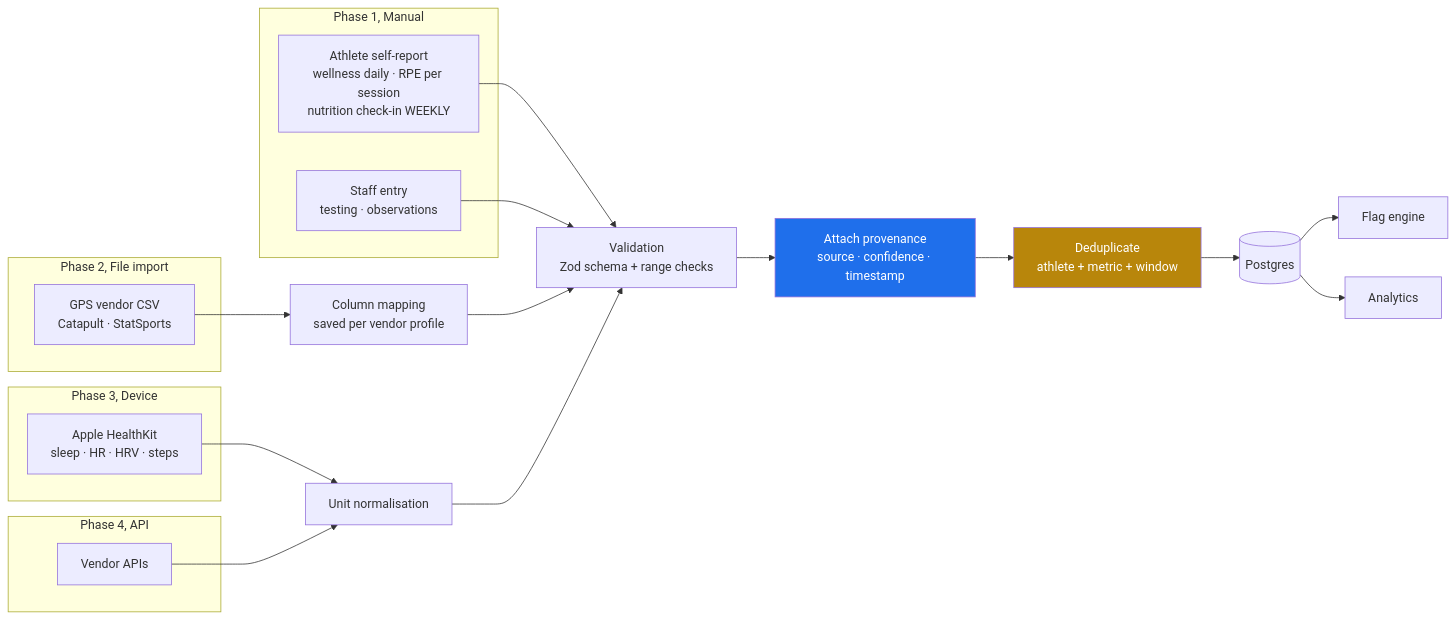
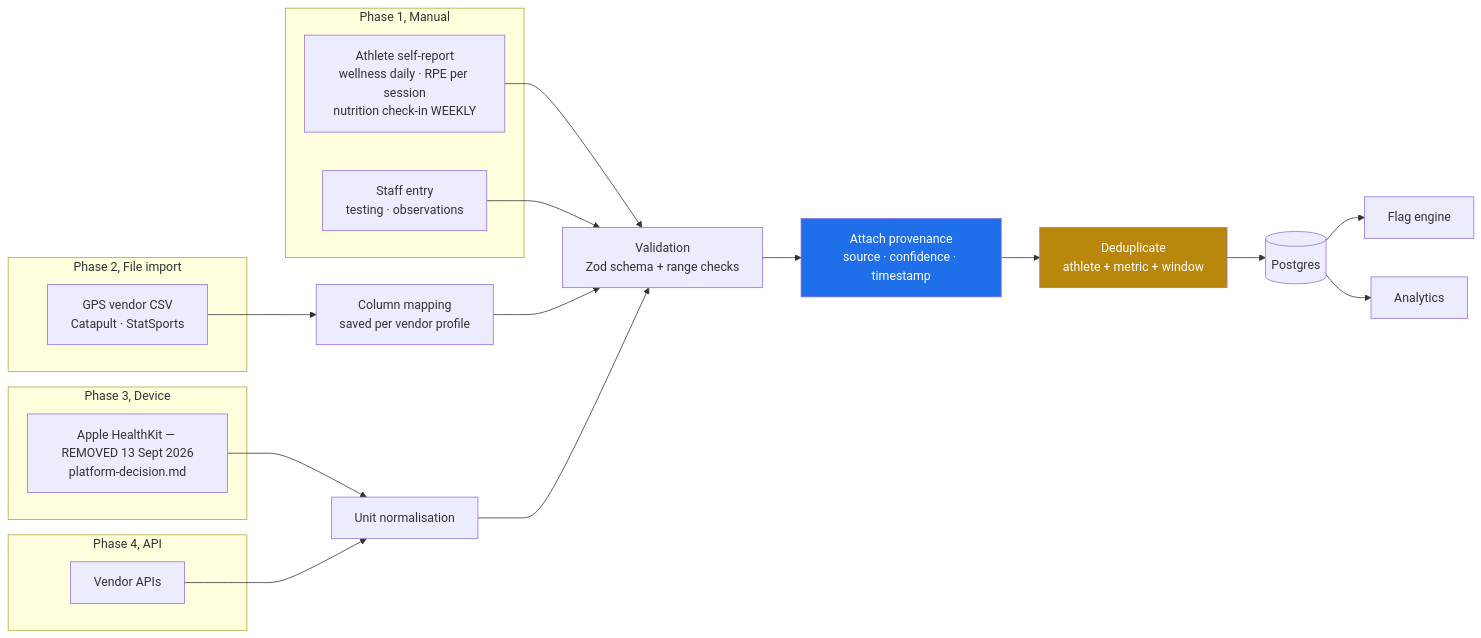
The seventh of 10 diagrams in docs/03-flows.md (isabellasale212/FYDR), drawn with Mermaid before and after one commit. The commit also changed other lines of this file and 29 other files, not shown here.

````diff
--- a/docs/03-flows.md
+++ b/docs/03-flows.md
@@ -349,33 +349,33 @@
 ```mermaid
 graph LR
     subgraph P1["Phase 1, Manual"]
         SR[Athlete self-report<br/>wellness daily · RPE per session<br/>nutrition check-in WEEKLY]
         SE[Staff entry<br/>testing · observations]
     end
     subgraph P2["Phase 2, File import"]
         CSV[GPS vendor CSV<br/>Catapult · StatSports]
     end
     subgraph P3["Phase 3, Device"]
-        HK[Apple HealthKit<br/>sleep · HR · HRV · steps]
+        HK[Apple HealthKit — REMOVED 13 Sept 2026<br/>platform-decision.md]
     end
     subgraph P4["Phase 4, API"]
         VAPI[Vendor APIs]
     end
 
     SR --> V[Validation<br/>Zod schema + range checks]
     SE --> V
     CSV --> MAP[Column mapping<br/>saved per vendor profile]
     MAP --> V
     HK --> NORM[Unit normalisation]
     NORM --> V
     VAPI --> NORM
 
     V --> PROV[Attach provenance<br/>source · confidence · timestamp]
     PROV --> DEDUP[Deduplicate<br/>athlete + metric + window]
     DEDUP --> STORE[(Postgres)]
     STORE --> FLAG[Flag engine]
     STORE --> ANL[Analytics]
 
     style PROV fill:#1f6feb,color:#fff
     style DEDUP fill:#b8860b,color:#fff
 ```
````
